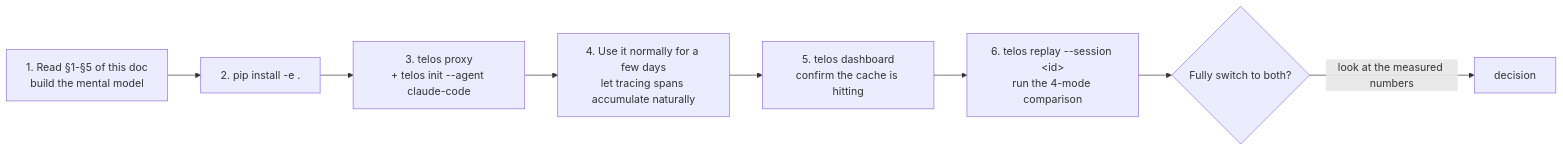
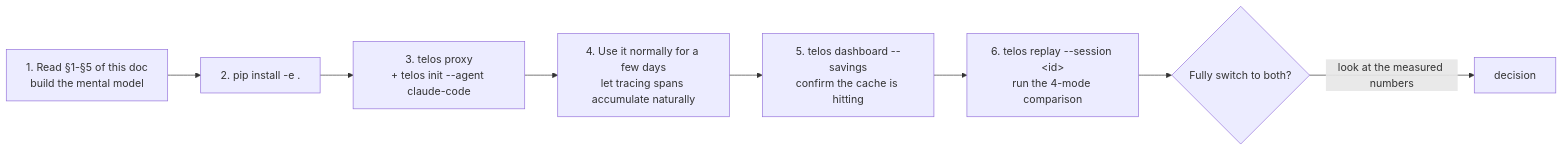
The eighth of 8 diagrams in docs/playbook.md (eryflow/telos-sdk), drawn with Mermaid before and after one commit. The commit also changed other lines of this file and 25 other files, not shown here.

````diff
--- a/docs/playbook.md
+++ b/docs/playbook.md
@@ -633,10 +633,10 @@
 ```mermaid
 flowchart LR
   S1["1. Read §1-§5 of this doc<br/>build the mental model"] --> S2["2. pip install -e ."]
   S2 --> S3["3. telos proxy<br/>+ telos init --agent claude-code"]
   S3 --> S4["4. Use it normally for a few days<br/>let tracing spans accumulate naturally"]
-  S4 --> S5["5. telos dashboard<br/>confirm the cache is hitting"]
+  S4 --> S5["5. telos dashboard --savings<br/>confirm the cache is hitting"]
   S5 --> S6["6. telos replay --session &lt;id&gt;<br/>run the 4-mode comparison"]
   S6 --> S7{"Fully switch to both?"}
   S7 -- "look at the measured numbers" --> S8["decision"]
 ```
````
